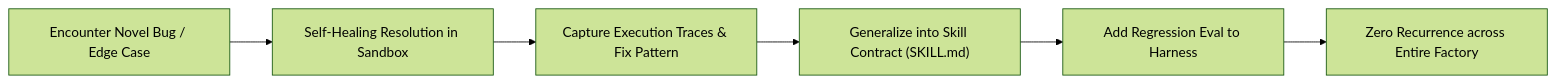
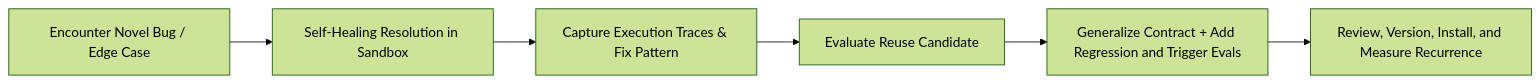
The diagram in .agents/skills/1000x-engineer/references/skillify-flywheel.md (Mark393295827/1000x-engineer-skills), drawn with Mermaid (forest theme) before and after one commit. The commit also changed other lines of this file and 21 other files, not shown here.

Commit message:
docs: add user manual and refine contract, SOP, and harness specifications

````diff
--- a/.agents/skills/1000x-engineer/references/skillify-flywheel.md
+++ b/.agents/skills/1000x-engineer/references/skillify-flywheel.md
@@ -9,8 +9,8 @@
 ```mermaid
 flowchart LR
     A["Encounter Novel Bug / Edge Case"] --> B["Self-Healing Resolution in Sandbox"]
     B --> C["Capture Execution Traces & Fix Pattern"]
-    C --> D["Generalize into Skill Contract (SKILL.md)"]
-    D --> E["Add Regression Eval to Harness"]
-    E --> F["Zero Recurrence across Entire Factory"]
+    C --> D["Evaluate Reuse Candidate"]
+    D --> E["Generalize Contract + Add Regression and Trigger Evals"]
+    E --> F["Review, Version, Install, and Measure Recurrence"]
 ```
````
